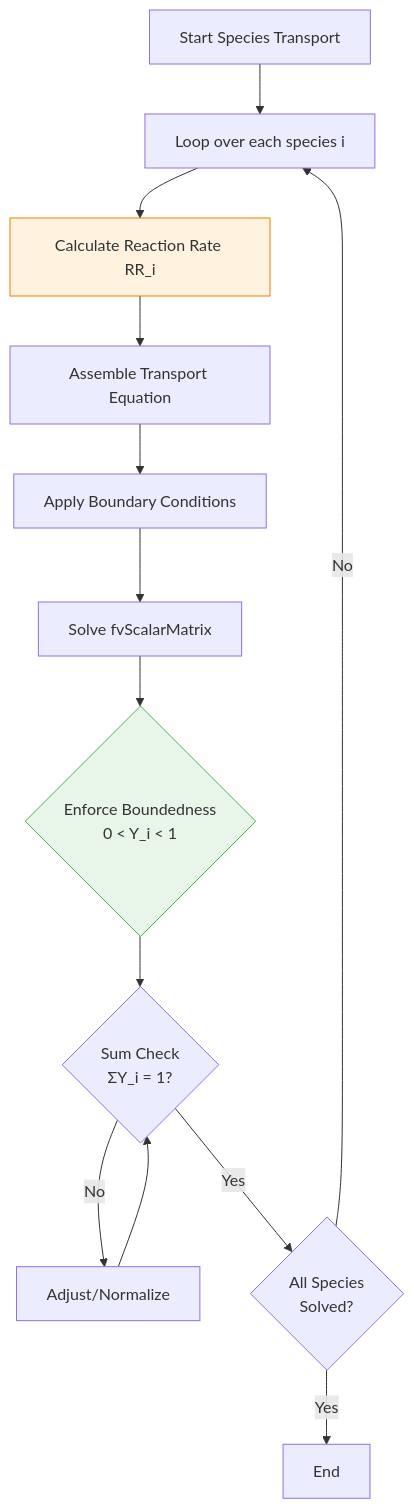
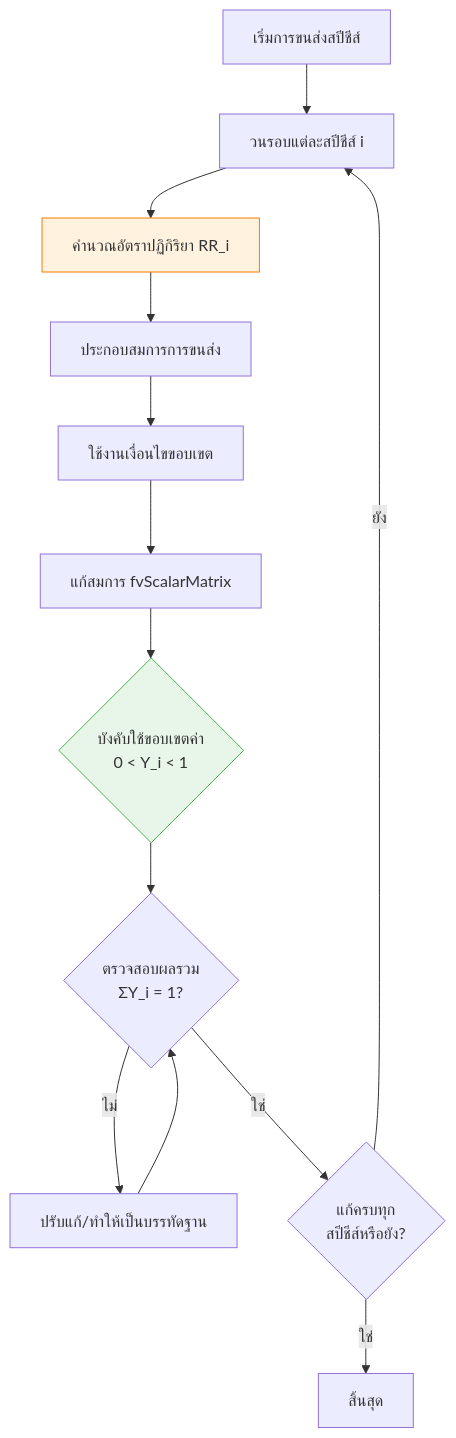
Before and after one commit to wramet/build-my-cfd: the second of 2 diagrams in MODULE_06_ADVANCED_PHYSICS/CONTENT/03_REACTING_FLOWS/01_Species_Transport.md, drawn with Mermaid. The commit also changed other lines of this file and 104 other files, not shown here.

````diff
--- a/MODULE_06_ADVANCED_PHYSICS/CONTENT/03_REACTING_FLOWS/01_Species_Transport.md
+++ b/MODULE_06_ADVANCED_PHYSICS/CONTENT/03_REACTING_FLOWS/01_Species_Transport.md
@@ -123,18 +123,18 @@
 ```mermaid
 flowchart TD
-    A[Start Species Transport] --> B[Loop over each species i]
-    B --> C[Calculate Reaction Rate RR_i]
-    C --> D[Assemble Transport Equation]
-    D --> E[Apply Boundary Conditions]
-    E --> F[Solve fvScalarMatrix]
-    F --> G{Enforce Boundedness<br>0 < Y_i < 1}
-    G --> H{Sum Check<br>ΣY_i = 1?}
-    H -->|No| I[Adjust/Normalize]
+    A[เริ่มการขนส่งสปีชีส์] --> B[วนรอบแต่ละสปีชีส์ i]
+    B --> C[คำนวณอัตราปฏิกิริยา RR_i]
+    C --> D[ประกอบสมการการขนส่ง]
+    D --> E[ใช้งานเงื่อนไขขอบเขต]
+    E --> F[แก้สมการ fvScalarMatrix]
+    F --> G{บังคับใช้ขอบเขตค่า<br>0 < Y_i < 1}
+    G --> H{ตรวจสอบผลรวม<br>ΣY_i = 1?}
+    H -->|ไม่| I[ปรับแก้/ทำให้เป็นบรรทัดฐาน]
     I --> H
-    H -->|Yes| J{All Species<br>Solved?}
-    J -->|No| B
-    J -->|Yes| K[End]
+    H -->|ใช่| J{แก้ครบทุก<br>สปีชีส์หรือยัง?}
+    J -->|ยัง| B
+    J -->|ใช่| K[สิ้นสุด]
 
     style C fill:#fff3e0,stroke:#f57c00
     style G fill:#e8f5e9,stroke:#4caf50
 ```
````
